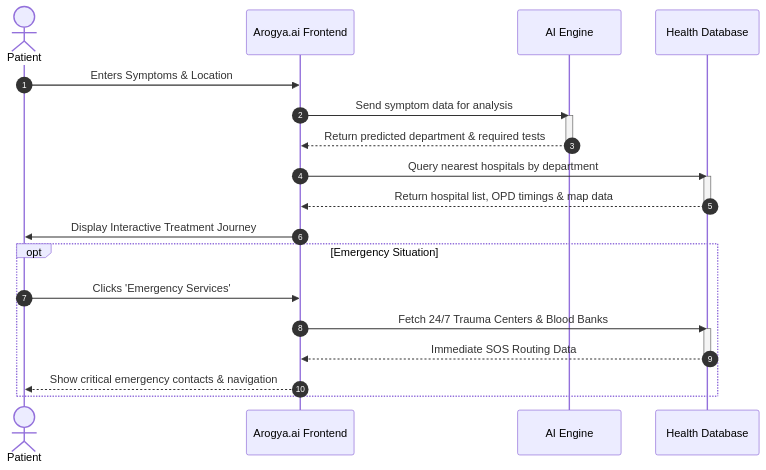
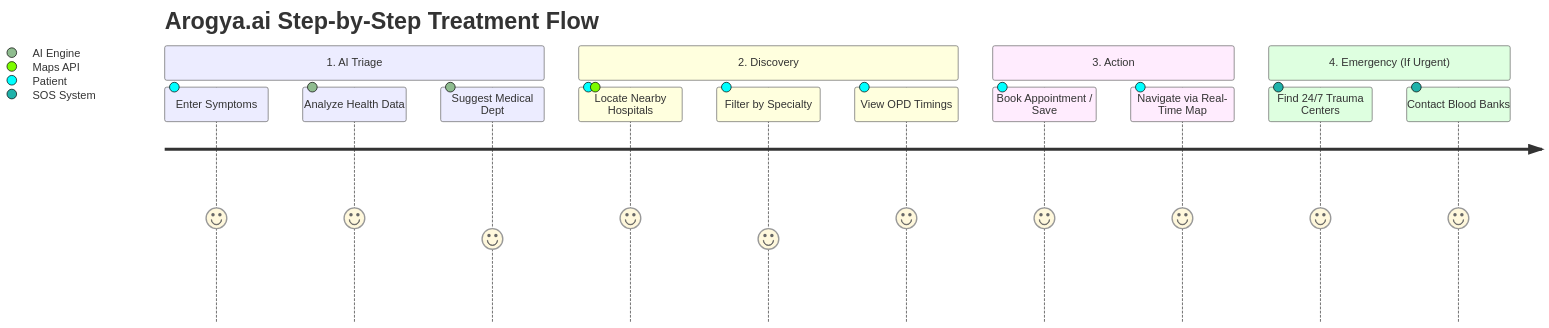
One commit to HarshitaShakya/Arogya.ai changed the second of 2 diagrams in README.md. Above: the diagram before and after it, drawn with Mermaid. The commit also changed other lines of this file, not shown here.

Commit message:
Replace sequence diagram with unique Mindmap and Journey diagrams

````diff
--- a/README.md
+++ b/README.md
@@ -60,30 +84,18 @@
 ```mermaid
-sequenceDiagram
-    autonumber
-    actor Patient
-    participant App as Arogya.ai Frontend
-    participant AI as AI Engine
-    participant DB as Health Database
-    
-    Patient->>App: Enters Symptoms & Location
-    App->>AI: Send symptom data for analysis
-    activate AI
-    AI-->>App: Return predicted department & required tests
-    deactivate AI
-    
-    App->>DB: Query nearest hospitals by department
-    activate DB
-    DB-->>App: Return hospital list, OPD timings & map data
-    deactivate DB
-    
-    App->>Patient: Display Interactive Treatment Journey
-    
-    opt Emergency Situation
-        Patient->>App: Clicks 'Emergency Services'
-        App->>DB: Fetch 24/7 Trauma Centers & Blood Banks
-        activate DB
-        DB-->>App: Immediate SOS Routing Data
-        deactivate DB
-        App-->>Patient: Show critical emergency contacts & navigation
-    end
+journey
+    title Arogya.ai Step-by-Step Treatment Flow
+    section 1. AI Triage
+      Enter Symptoms: 5: Patient
+      Analyze Health Data: 5: AI Engine
+      Suggest Medical Dept: 4: AI Engine
+    section 2. Discovery
+      Locate Nearby Hospitals: 5: Patient, Maps API
+      Filter by Specialty: 4: Patient
+      View OPD Timings: 5: Patient
+    section 3. Action
+      Book Appointment / Save: 5: Patient
+      Navigate via Real-Time Map: 5: Patient
+    section 4. Emergency (If Urgent)
+      Find 24/7 Trauma Centers: 5: SOS System
+      Contact Blood Banks: 5: SOS System
 ```
````
